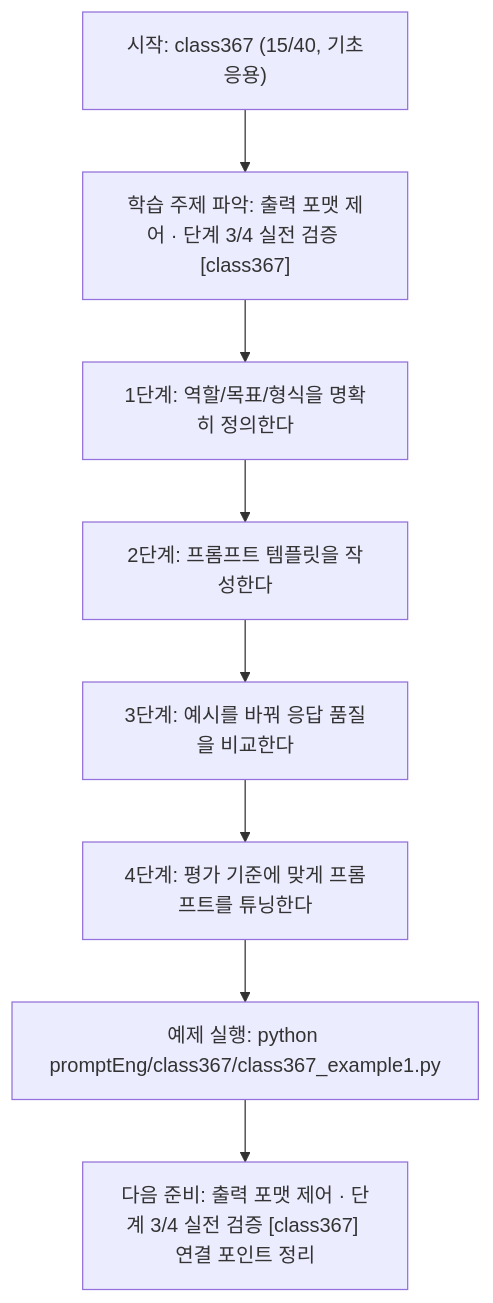
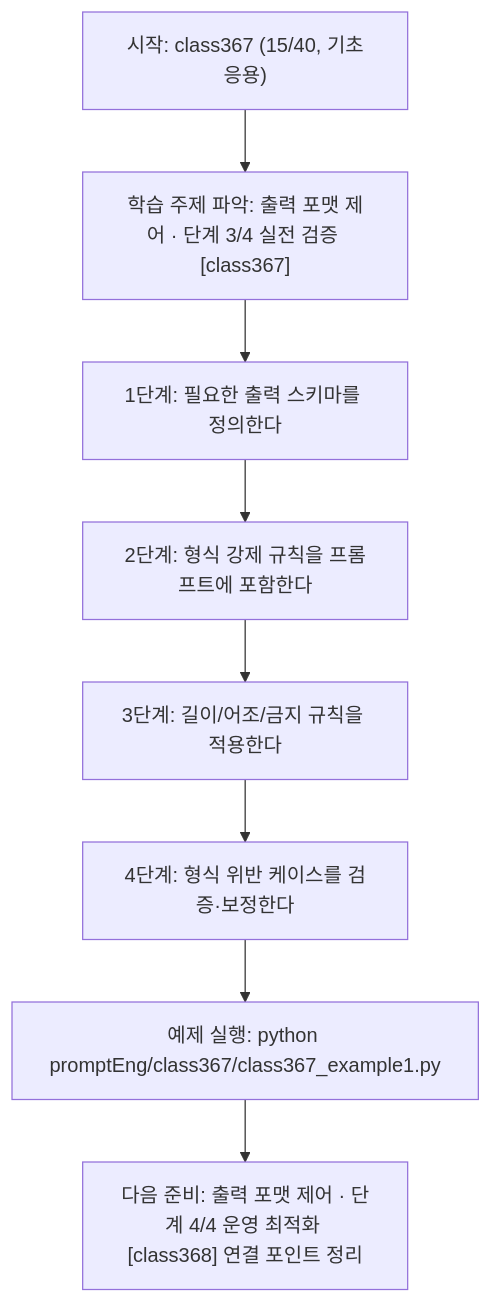
Before and after one commit to edumgt/Python-AI_Agent-Class: the diagram in promptEng/class367/class367.md, drawn with Mermaid. The commit also changed other lines of this file and 283 other files, not shown here.

````diff
--- a/promptEng/class367/class367.md
+++ b/promptEng/class367/class367.md
@@ -110,18 +91,18 @@
 ```mermaid
 flowchart TD
 N1["시작: class367 (15/40, 기초응용)"]
 N2["학습 주제 파악: 출력 포맷 제어 · 단계 3/4 실전 검증 [class367]"]
-N3["1단계: 역할/목표/형식을 명확히 정의한다"]
-N4["2단계: 프롬프트 템플릿을 작성한다"]
-N5["3단계: 예시를 바꿔 응답 품질을 비교한다"]
-N6["4단계: 평가 기준에 맞게 프롬프트를 튜닝한다"]
+N3["1단계: 필요한 출력 스키마를 정의한다"]
+N4["2단계: 형식 강제 규칙을 프롬프트에 포함한다"]
+N5["3단계: 길이/어조/금지 규칙을 적용한다"]
+N6["4단계: 형식 위반 케이스를 검증·보정한다"]
 N7["예제 실행: python promptEng/class367/class367_example1.py"]
-N8["다음 준비: 출력 포맷 제어 · 단계 3/4 실전 검증 [class367] 연결 포인트 정리"]
+N8["다음 준비: 출력 포맷 제어 · 단계 4/4 운영 최적화 [class368] 연결 포인트 정리"]
 N1 --> N2
 N2 --> N3
 N3 --> N4
 N4 --> N5
 N5 --> N6
 N6 --> N7
 N7 --> N8
 ```
````
